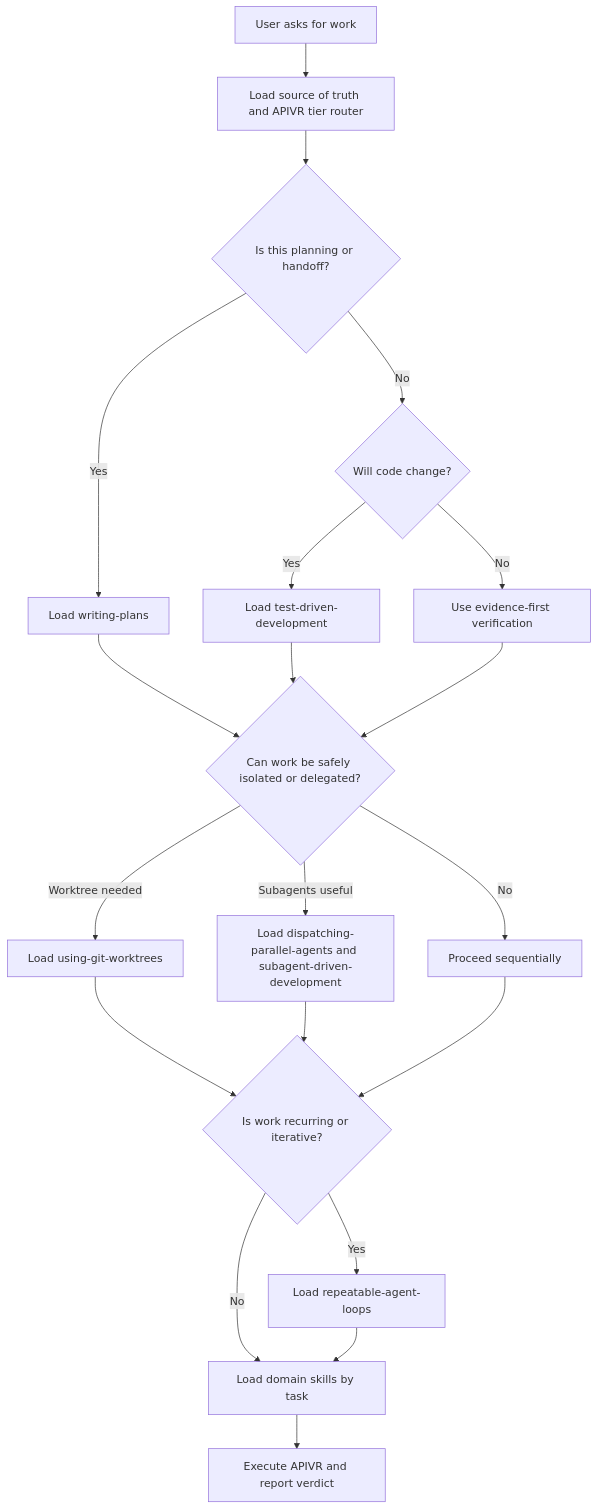
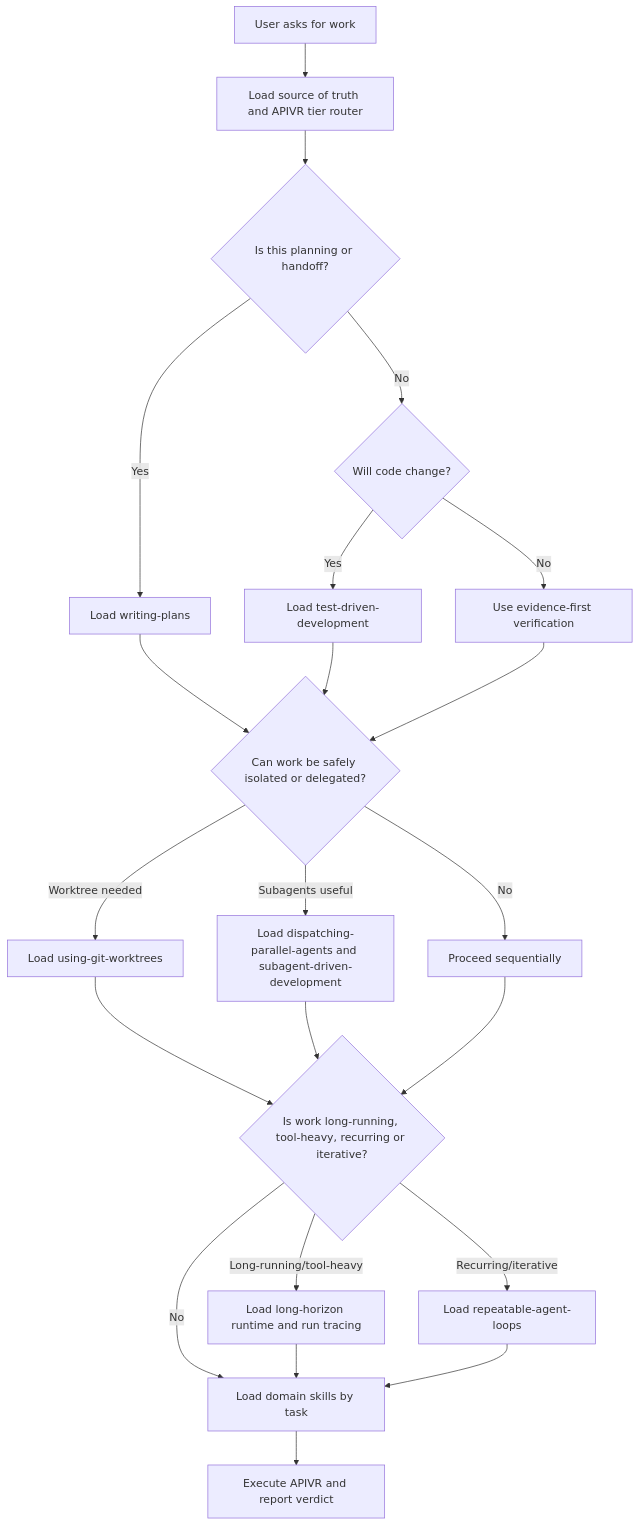
One commit to wfprieto/wcbs-build-kit changed the diagram in skills/super-build-kit/SKILL.md. Above: the diagram before and after it, drawn with Mermaid. The commit also changed other lines of this file, not shown here.

Commit message:
Add long-horizon setup tooling and tracing routes

````diff
--- a/skills/super-build-kit/SKILL.md
+++ b/skills/super-build-kit/SKILL.md
@@ -23,22 +23,24 @@
 ```mermaid
 flowchart TD
   A["User asks for work"] --> B["Load source of truth and APIVR tier router"]
   B --> C{"Is this planning or handoff?"}
   C -- "Yes" --> D["Load writing-plans"]
   C -- "No" --> E{"Will code change?"}
   E -- "Yes" --> F["Load test-driven-development"]
   E -- "No" --> G["Use evidence-first verification"]
   D --> H{"Can work be safely isolated or delegated?"}
   F --> H
   G --> H
   H -- "Worktree needed" --> I["Load using-git-worktrees"]
   H -- "Subagents useful" --> J["Load dispatching-parallel-agents and subagent-driven-development"]
   H -- "No" --> K["Proceed sequentially"]
-  I --> L{"Is work recurring or iterative?"}
+  I --> L{"Is work long-running, tool-heavy, recurring or iterative?"}
   J --> L
   K --> L
-  L -- "Yes" --> M["Load repeatable-agent-loops"]
+  L -- "Long-running/tool-heavy" --> M["Load long-horizon runtime and run tracing"]
+  L -- "Recurring/iterative" --> P["Load repeatable-agent-loops"]
   L -- "No" --> N["Load domain skills by task"]
   M --> N
+  P --> N
   N --> O["Execute APIVR and report verdict"]
 ```
````
